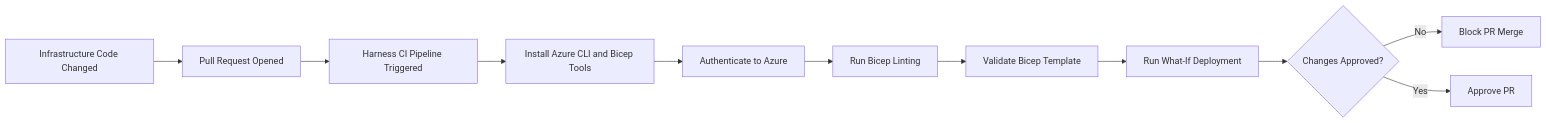
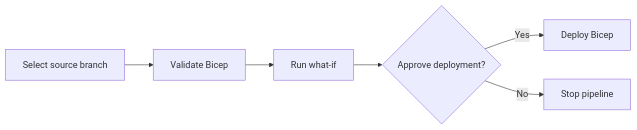
One commit to dosullivan557/Devops-coursework changed the diagram in mermaid/infra.md. Above: the diagram before and after it, drawn with Mermaid. The commit also changed other lines of this file and 7 other files, not shown here.

````diff
--- a/mermaid/infra.md
+++ b/mermaid/infra.md
@@ -5,15 +3,8 @@
 ```mermaid
-
 flowchart LR
-    A[Infrastructure Code Changed] --> B[Pull Request Opened]
-    B --> C[Harness CI Pipeline Triggered]
-    C --> D[Install Azure CLI and Bicep Tools]
-    D --> E[Authenticate to Azure]
-    E --> F[Run Bicep Linting]
-    F --> G[Validate Bicep Template]
-    G --> H[Run What-If Deployment]
-    H --> I{Changes Approved?}
-
-    I -->|No| J[Block PR Merge]
-    I -->|Yes| K[Approve PR]
+    A[Select source branch] --> B[Validate Bicep]
+    B --> C[Run what-if]
+    C --> D{Approve deployment?}
+    D -->|Yes| E[Deploy Bicep]
+    D -->|No| F[Stop pipeline]
 ```
````
